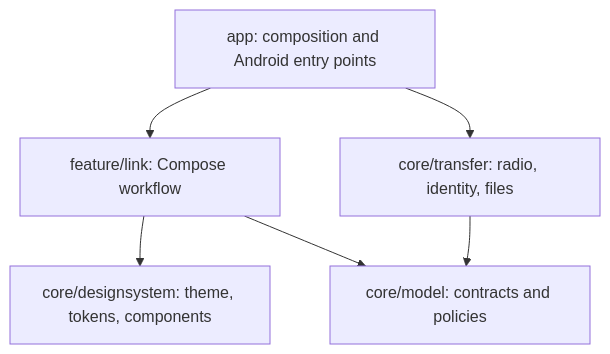
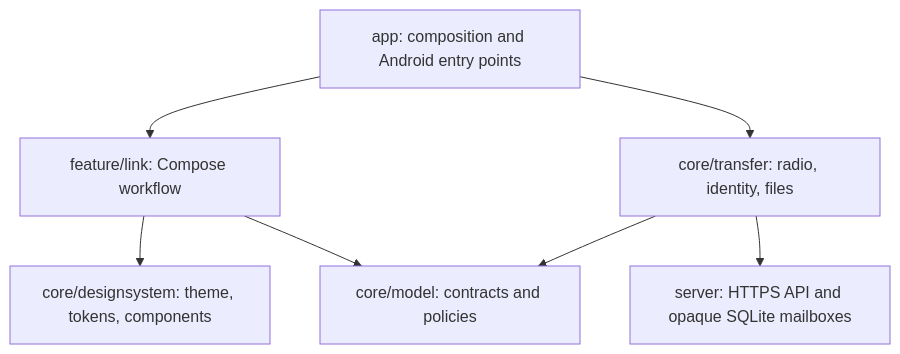
Before and after one commit to tp9imka/device-link: the first of 3 diagrams in docs/wiki/Architecture.md, drawn with Mermaid. The commit also changed other lines of this file and 49 other files, not shown here.

````diff
--- a/docs/wiki/Architecture.md
+++ b/docs/wiki/Architecture.md
@@ -9,8 +10,9 @@
 ```mermaid
 flowchart TD
     App[app: composition and Android entry points] --> UI[feature/link: Compose workflow]
     App --> Transport[core/transfer: radio, identity, files]
     UI --> DS[core/designsystem: theme, tokens, components]
     UI --> Model[core/model: contracts and policies]
     Transport --> Model
+    Transport --> Relay[server: HTTPS API and opaque SQLite mailboxes]
 ```
````
